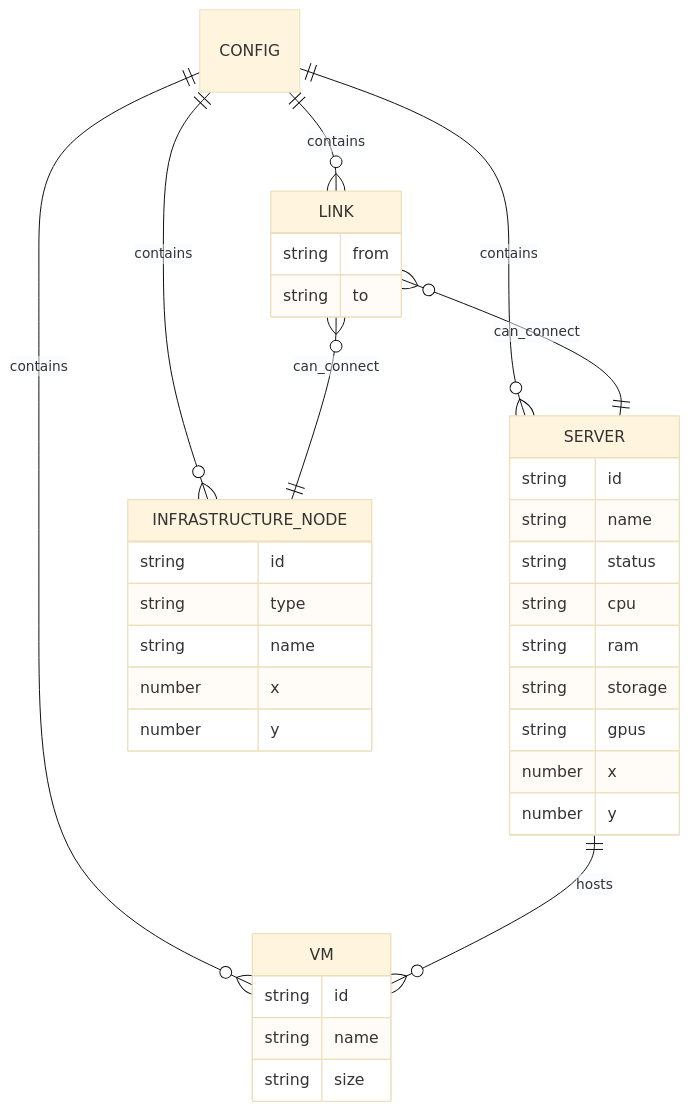
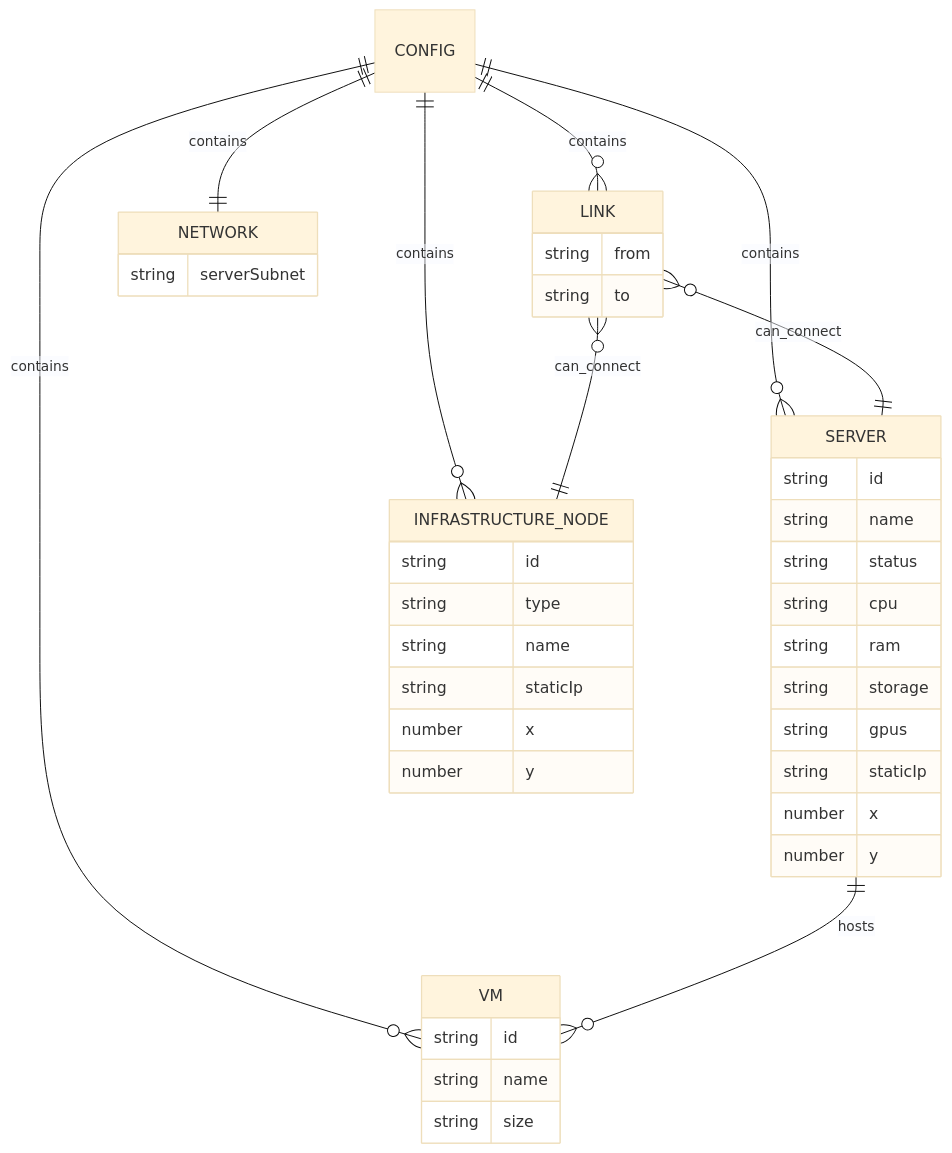
One commit to hikari-u2/data-center-sim changed the second of 3 diagrams in README.md. Above: the diagram before and after it, drawn with Mermaid (base theme). The commit also changed other lines of this file and 4 other files, not shown here.

````diff
--- a/README.md
+++ b/README.md
@@ -33,41 +33,48 @@
 ```mermaid
 erDiagram
   CONFIG ||--o{ SERVER : contains
   CONFIG ||--o{ VM : contains
   CONFIG ||--o{ INFRASTRUCTURE_NODE : contains
   CONFIG ||--o{ LINK : contains
+  CONFIG ||--|| NETWORK : contains
   SERVER ||--o{ VM : hosts
   LINK }o--|| SERVER : can_connect
   LINK }o--|| INFRASTRUCTURE_NODE : can_connect
+
+  NETWORK {
+    string serverSubnet
+  }
 
   SERVER {
     string id
     string name
     string status
     string cpu
     string ram
     string storage
     string gpus
+    string staticIp
     number x
     number y
   }
 
   VM {
     string id
     string name
     string size
   }
 
   INFRASTRUCTURE_NODE {
     string id
     string type
     string name
+    string staticIp
     number x
     number y
   }
 
   LINK {
     string from
     string to
   }
 ```
````
